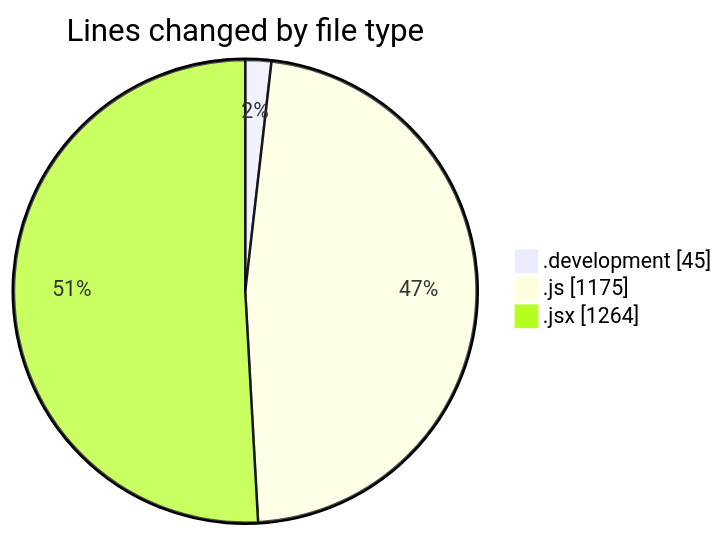
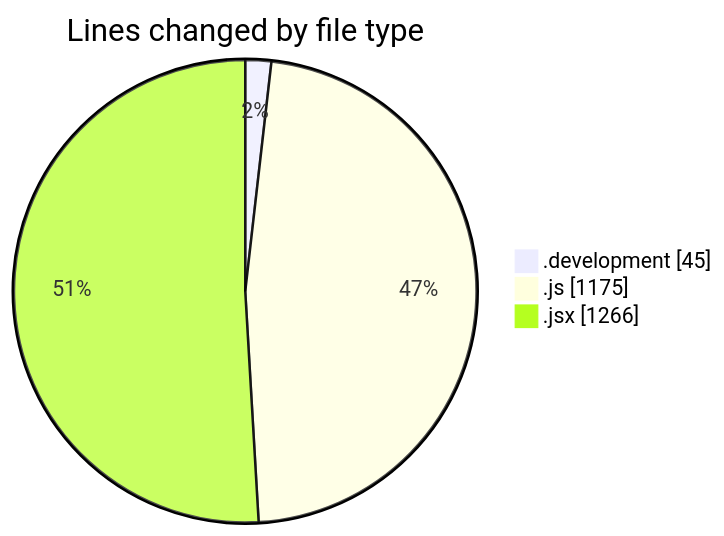
Before and after one commit to nxtqubesakshisongat/code-tracking: the first of 2 diagrams in 2025-11-10/nxtqube_webapp/README.md, drawn with Mermaid. The commit also changed other lines of this file and 1 other file, not shown here.

````diff
--- a/2025-11-10/nxtqube_webapp/README.md
+++ b/2025-11-10/nxtqube_webapp/README.md
@@ -31,7 +31,7 @@
 ```mermaid
 pie showData
 title Lines changed by file type
 ".development" : 45
 ".js" : 1175
-".jsx" : 1264
+".jsx" : 1266
 ```
````
